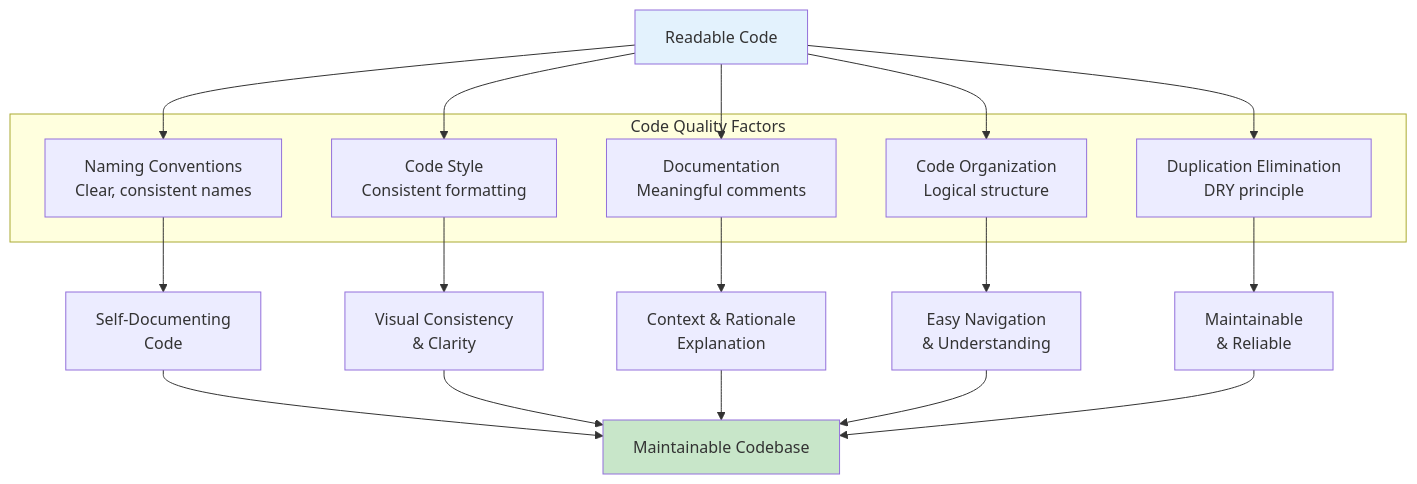
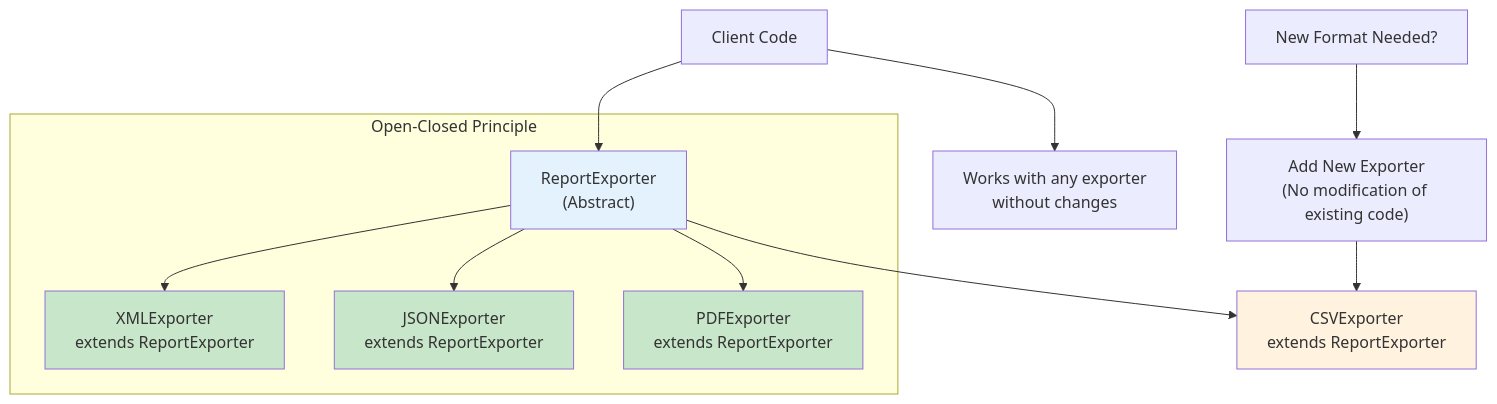
Before and after one commit to hunkim/VibeSoftwareEngineering: the third of 4 diagrams in chapters/chapter-05.md, drawn with Mermaid. The commit also changed other lines of this file and 17 other files, not shown here.

````diff
--- a/chapters/chapter-05.md
+++ b/chapters/chapter-05.md
@@ -87,31 +237,26 @@
 ```mermaid
 graph TD
-    subgraph "Code Quality Factors"
-        A["Naming Conventions<br/>Clear, consistent names"]
-        B["Code Style<br/>Consistent formatting"]
-        C["Documentation<br/>Meaningful comments"]
-        D["Code Organization<br/>Logical structure"]
-        E["Duplication Elimination<br/>DRY principle"]
+    subgraph "Open-Closed Principle"
+        A["ReportExporter<br/>(Abstract)"]
+        B["XMLExporter<br/>extends ReportExporter"]
+        C["JSONExporter<br/>extends ReportExporter"]
+        D["PDFExporter<br/>extends ReportExporter"]
     end
     
-    F["Readable Code"] --> A
-    F --> B
-    F --> C
-    F --> D
-    F --> E
+    A --> B
+    A --> C
+    A --> D
     
-    A --> G["Self-Documenting<br/>Code"]
-    B --> H["Visual Consistency<br/>& Clarity"]
-    C --> I["Context & Rationale<br/>Explanation"]
-    D --> J["Easy Navigation<br/>& Understanding"]
-    E --> K["Maintainable<br/>& Reliable"]
+    E["New Format Needed?"] --> F["Add New Exporter<br/>(No modification of existing code)"]
+    F --> G["CSVExporter<br/>extends ReportExporter"]
+    A --> G
     
-    G --> L["Maintainable Codebase"]
-    H --> L
-    I --> L
-    J --> L
-    K --> L
+    H["Client Code"] --> A
+    H --> I["Works with any exporter<br/>without changes"]
     
-    style F fill:#e3f2fd
-    style L fill:#c8e6c9
+    style A fill:#e3f2fd
+    style B fill:#c8e6c9
+    style C fill:#c8e6c9
+    style D fill:#c8e6c9
+    style G fill:#fff3e0
 ```
````
